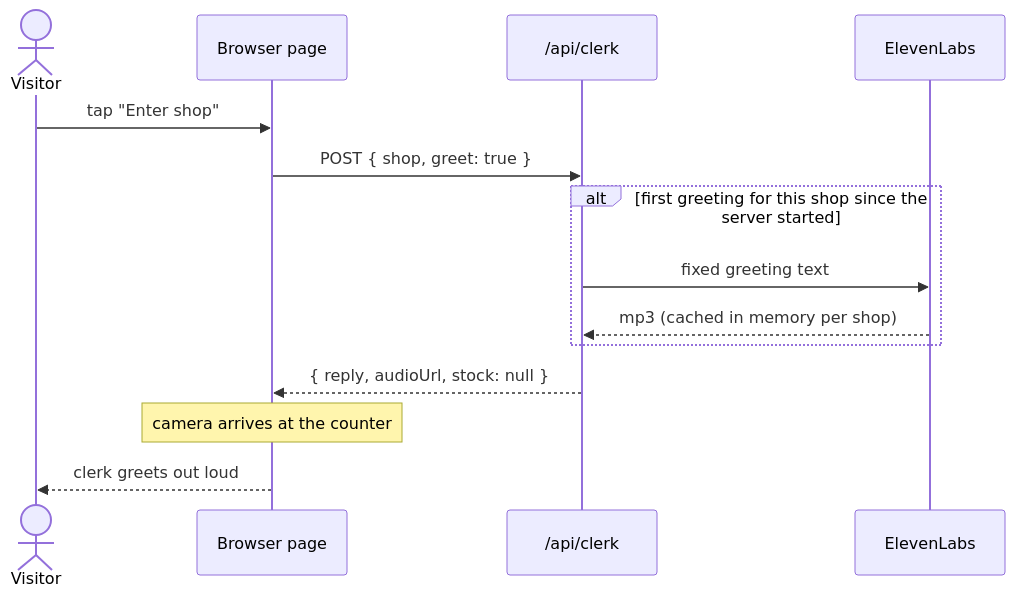
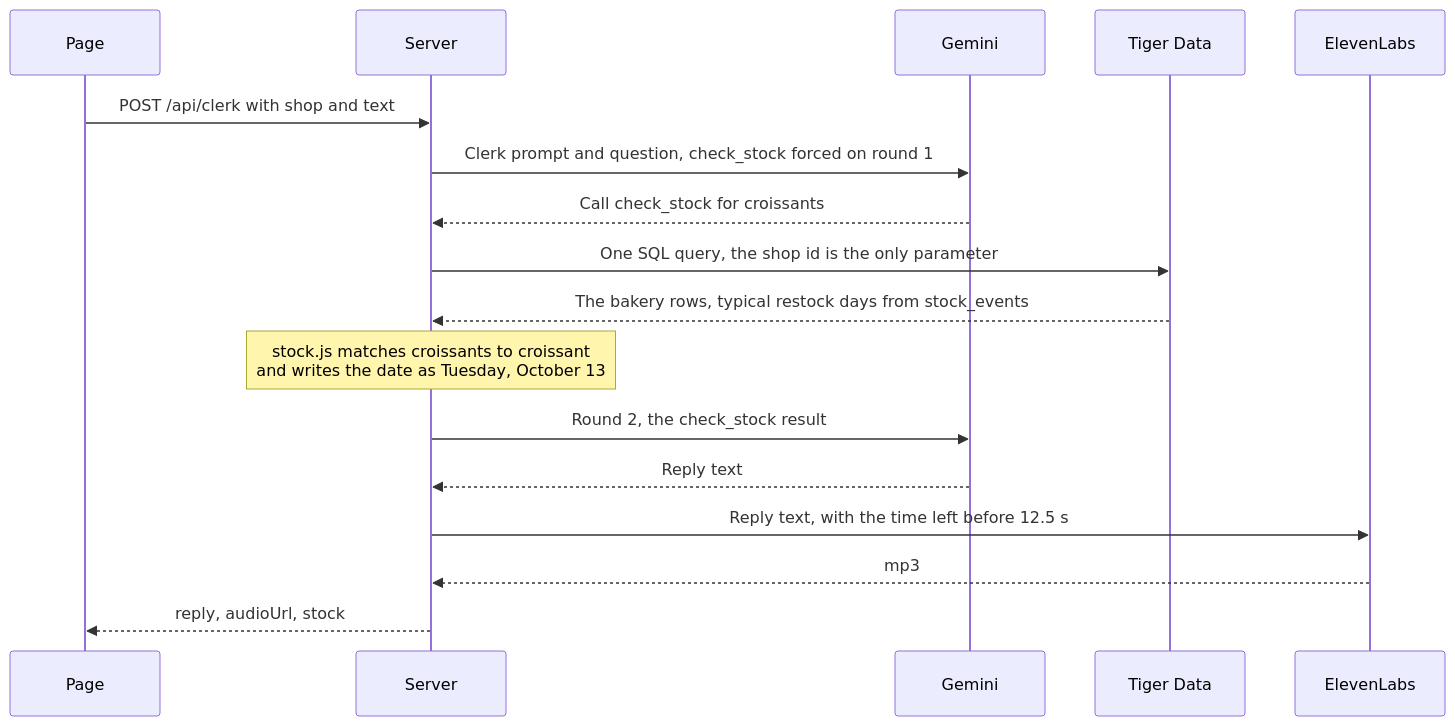
Before and after one commit to SergioB03/Peripie: the third of 3 diagrams in docs/sequence.md, drawn with Mermaid. The commit also changed other lines of this file and 4 other files, not shown here.

First line of the commit message:
Docs: the four diagrams retold as people and places, verified against the code

````diff
--- a/docs/sequence.md
+++ b/docs/sequence.md
@@ -31,16 +92,19 @@
 ```mermaid
 sequenceDiagram
-    actor Visitor
-    participant Page as Browser page
-    participant API as /api/clerk
-    participant Voice as ElevenLabs
-    Visitor->>Page: tap "Enter shop"
-    Page->>API: POST { shop, greet: true }
-    alt first greeting for this shop since the server started
-        API->>Voice: fixed greeting text
-        Voice-->>API: mp3 (cached in memory per shop)
-    end
-    API-->>Page: { reply, audioUrl, stock: null }
-    Note over Page: camera arrives at the counter
-    Page-->>Visitor: clerk greets out loud
+    participant P as Page
+    participant X as Server
+    participant G as Gemini
+    participant D as Tiger Data
+    participant E as ElevenLabs
+    P->>X: POST /api/clerk with shop and text
+    X->>G: Clerk prompt and question, check_stock forced on round 1
+    G-->>X: Call check_stock for croissants
+    X->>D: One SQL query, the shop id is the only parameter
+    D-->>X: The bakery rows, typical restock days from stock_events
+    Note over X: stock.js matches croissants to croissant<br/>and writes the date as Tuesday, October 13
+    X->>G: Round 2, the check_stock result
+    G-->>X: Reply text
+    X->>E: Reply text, with the time left before 12.5 s
+    E-->>X: mp3
+    X-->>P: reply, audioUrl, stock
 ```
````
